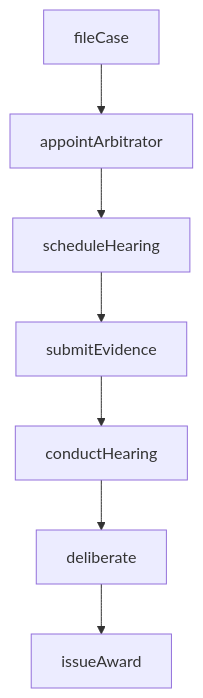
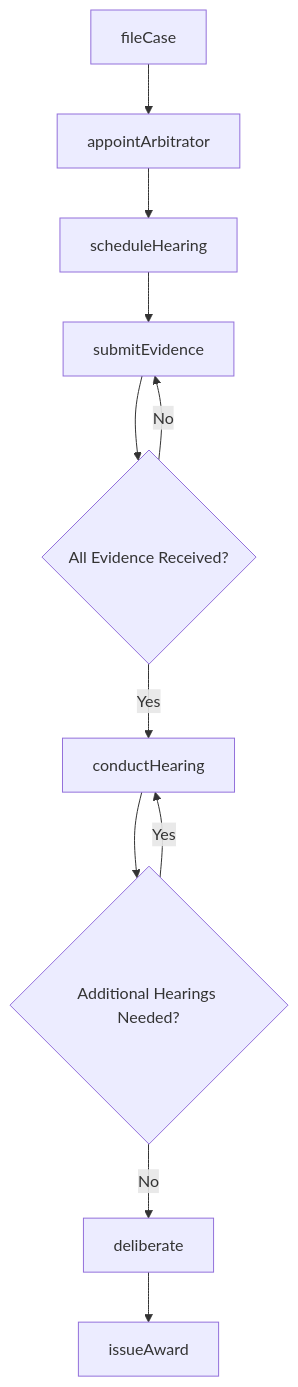
The third of 4 diagrams in ResolvingConflictsAndNegotiatingWithOthers/MediateDisputes/ArbitrateDisputesBetweenPartiesResolve.mdx (dot-org-ai/tasks.org.ai), drawn with Mermaid before and after one commit. The commit also changed other lines of this file and 266 other files, not shown here.

First line of the commit message:
feat: Add ER diagrams, state diagrams to wave 2 batch (251 DWA files)

````diff
--- a/ResolvingConflictsAndNegotiatingWithOthers/MediateDisputes/ArbitrateDisputesBetweenPartiesResolve.mdx
+++ b/ResolvingConflictsAndNegotiatingWithOthers/MediateDisputes/ArbitrateDisputesBetweenPartiesResolve.mdx
@@ -87,9 +115,13 @@
 ```mermaid
 graph TD
     A[fileCase] --> B[appointArbitrator]
     B --> C[scheduleHearing]
     C --> D[submitEvidence]
-    D --> E[conductHearing]
-    E --> F[deliberate]
-    F --> G[issueAward]
+    D --> E{All Evidence Received?}
+    E -->|No| D
+    E -->|Yes| F[conductHearing]
+    F --> G{Additional Hearings Needed?}
+    G -->|Yes| F
+    G -->|No| H[deliberate]
+    H --> I[issueAward]
 ```
````
